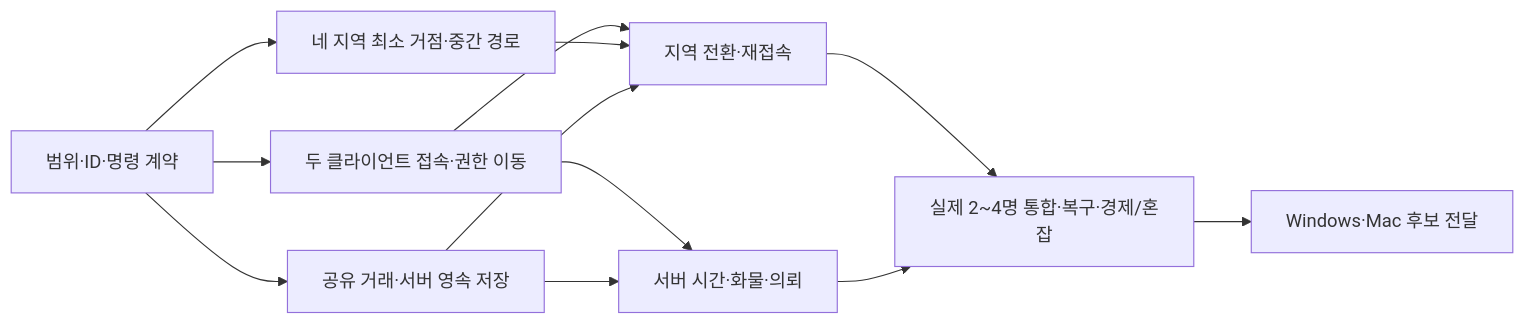
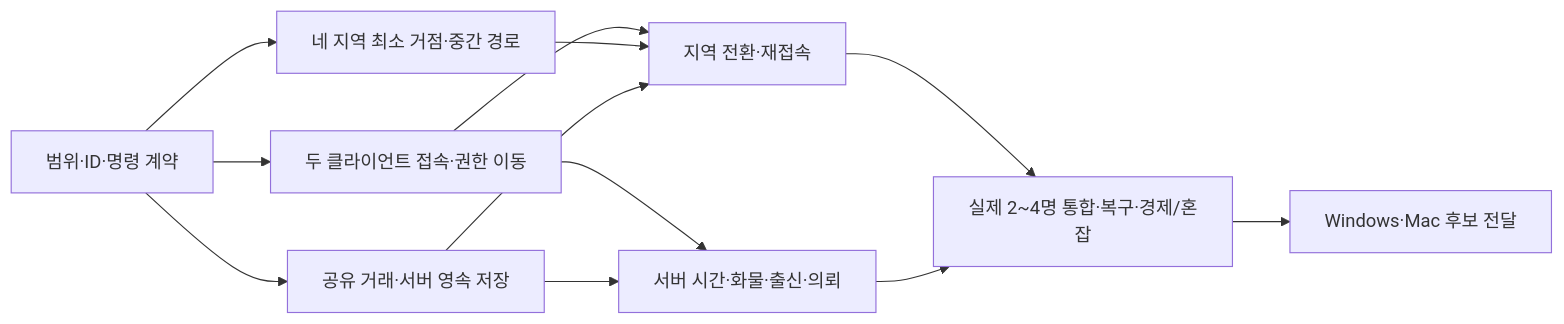
One commit to hundredman/pocket-caravan changed the diagram in Docs/DeliveryPlan.md. Above: the diagram before and after it, drawn with Mermaid. The commit also changed other lines of this file and 25 other files, not shown here.

````diff
--- a/Docs/DeliveryPlan.md
+++ b/Docs/DeliveryPlan.md
@@ -99,14 +99,14 @@
 ```mermaid
 flowchart LR
   P[범위·ID·명령 계약] --> N[두 클라이언트 접속·권한 이동]
   P --> R[네 지역 최소 거점·중간 경로]
   P --> E[공유 거래·서버 영속 저장]
   N --> T[지역 전환·재접속]
   R --> T
   E --> T
-  N --> C[서버 시간·화물·의뢰]
+  N --> C[서버 시간·화물·출신·의뢰]
   E --> C
   T --> Q[실제 2~4명 통합·복구·경제/혼잡]
   C --> Q
   Q --> B[Windows·Mac 후보 전달]
 ```
````
